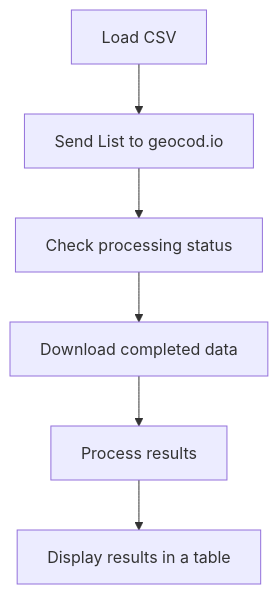
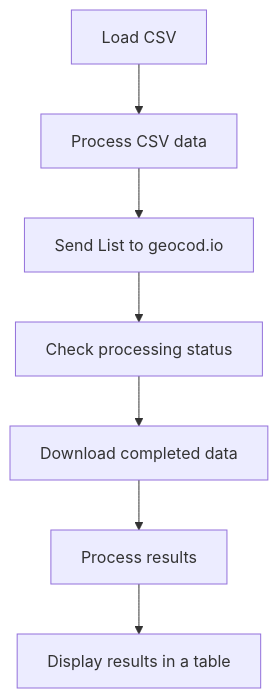
The diagram in README.md (Opalexiss/geocode-test-app), drawn with Mermaid before and after one commit. The commit also changed other lines of this file and 1 other file, not shown here.

Commit message:
Add clarifications

````diff
--- a/README.md
+++ b/README.md
@@ -9,8 +9,9 @@
 ```mermaid
 flowchart TD;
-A[Load CSV]-->B[Send List to geocod.io];
-B[Send List to geocod.io]-->C[Check processing status];
-C[Check processing status]-->D[Download completed data];
-D[Download completed data]-->E[Process results];
-E[Process results]-->F[Display results in a table]
+A[Load CSV]-->B[Process CSV data];
+B[Process CSV data]-->C[Send List to geocod.io];
+C[Send List to geocod.io]-->D[Check processing status];
+D[Check processing status]-->E[Download completed data];
+E[Download completed data]-->F[Process results];
+F[Process results]-->G[Display results in a table]
 ```
````
